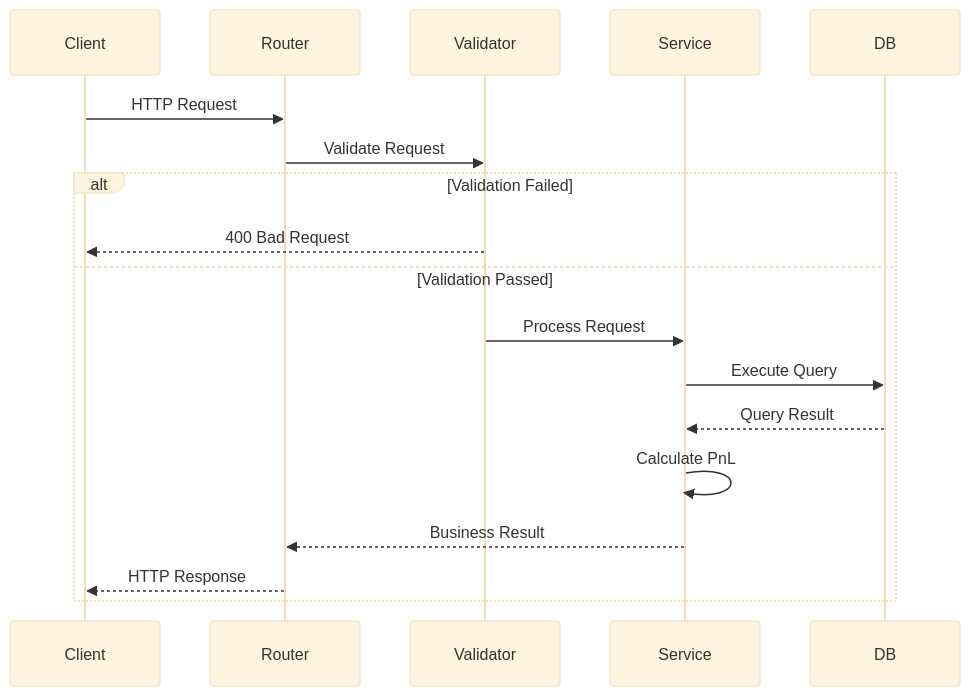
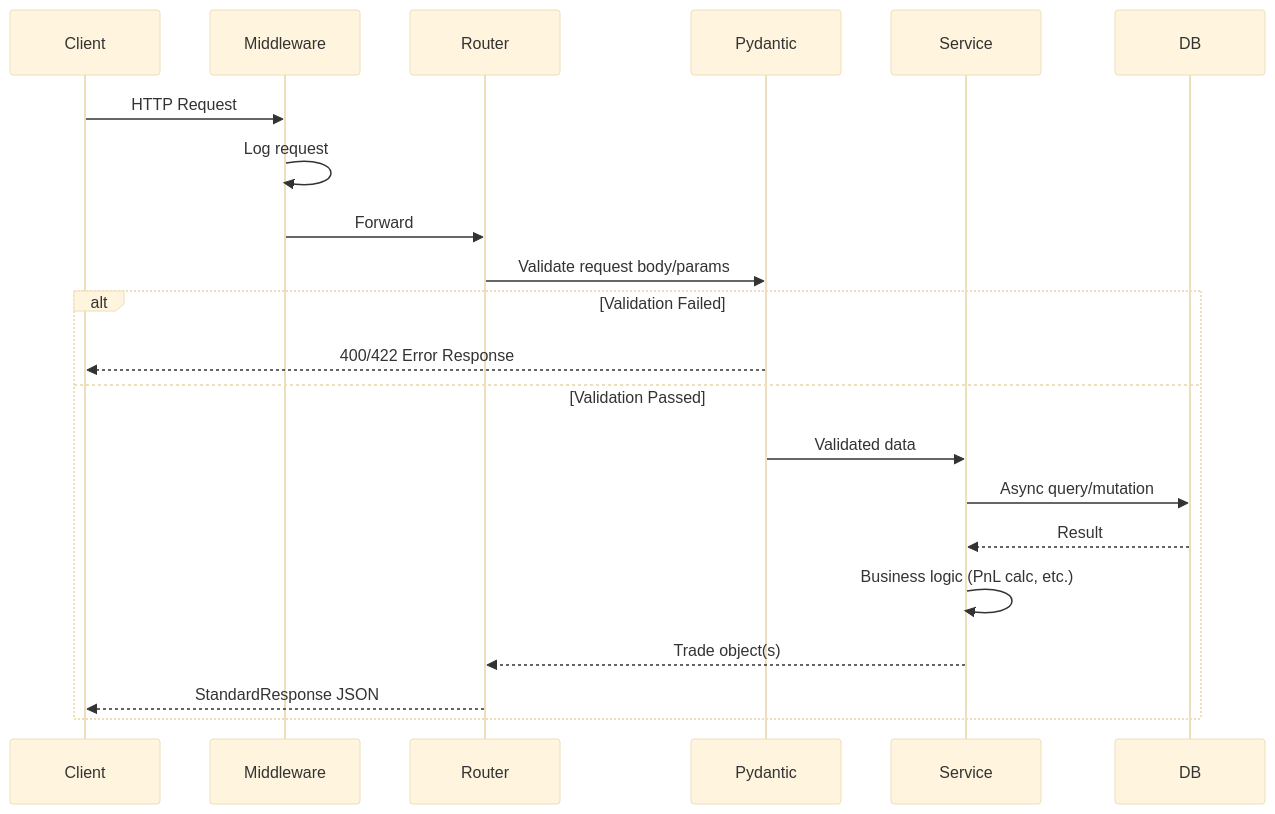
The second of 2 diagrams in .kiro/specs/backend-api/design.md (ganksolo/Review-System), drawn with Mermaid (base theme) before and after one commit. The commit also changed other lines of this file and 10 other files, not shown here.

First line of the commit message:
docs: fix .kiro specs — align backend-api with database-schema, add missing specs

````diff
--- a/.kiro/specs/backend-api/design.md
+++ b/.kiro/specs/backend-api/design.md
@@ -70,21 +90,24 @@
 ```mermaid
 sequenceDiagram
     participant Client
+    participant Middleware
     participant Router
-    participant Validator
+    participant Pydantic
     participant Service
     participant DB
-    
-    Client->>Router: HTTP Request
-    Router->>Validator: Validate Request
+
+    Client->>Middleware: HTTP Request
+    Middleware->>Middleware: Log request
+    Middleware->>Router: Forward
+    Router->>Pydantic: Validate request body/params
     alt Validation Failed
-        Validator-->>Client: 400 Bad Request
+        Pydantic-->>Client: 400/422 Error Response
     else Validation Passed
-        Validator->>Service: Process Request
-        Service->>DB: Execute Query
-        DB-->>Service: Query Result
-        Service->>Service: Calculate PnL
-        Service-->>Router: Business Result
-        Router-->>Client: HTTP Response
+        Pydantic->>Service: Validated data
+        Service->>DB: Async query/mutation
+        DB-->>Service: Result
+        Service->>Service: Business logic (PnL calc, etc.)
+        Service-->>Router: Trade object(s)
+        Router-->>Client: StandardResponse JSON
     end
 ```
````
